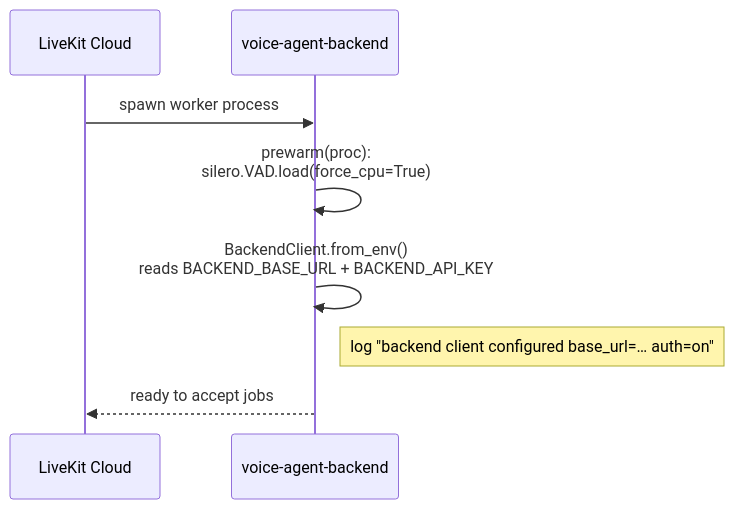
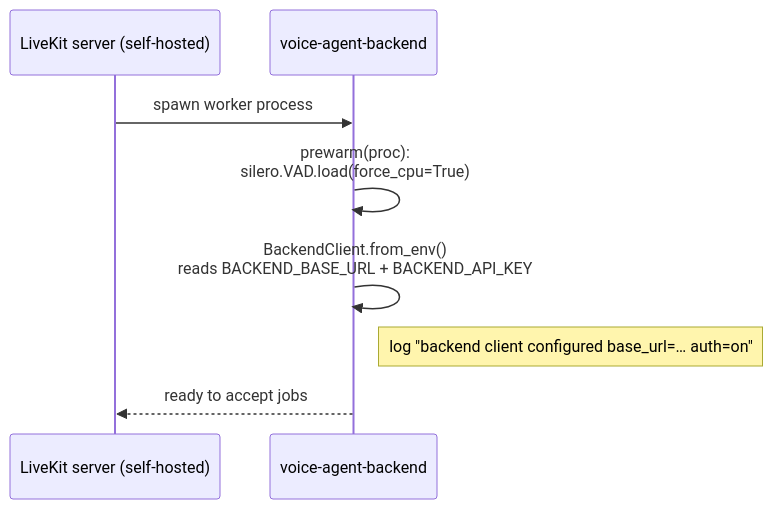
Before and after one commit to voco-dine/org-wiki: the first of 10 diagrams in docs/system-specification/sequence.md, drawn with Mermaid. The commit also changed other lines of this file, not shown here.

First line of the commit message:
docs(sequence): self-hosted LiveKit SIP + SFU at call entry points

````diff
--- a/docs/system-specification/sequence.md
+++ b/docs/system-specification/sequence.md
@@ -26,11 +27,11 @@
 ```mermaid
 sequenceDiagram
-    participant LK as LiveKit Cloud
+    participant LK as LiveKit server (self-hosted)
     participant VA as voice-agent-backend
 
     LK->>VA: spawn worker process
     VA->>VA: prewarm(proc):<br/>silero.VAD.load(force_cpu=True)
     VA->>VA: BackendClient.from_env()<br/>reads BACKEND_BASE_URL + BACKEND_API_KEY
     Note right of VA: log "backend client configured base_url=… auth=on"
     VA-->>LK: ready to accept jobs
 ```
````
